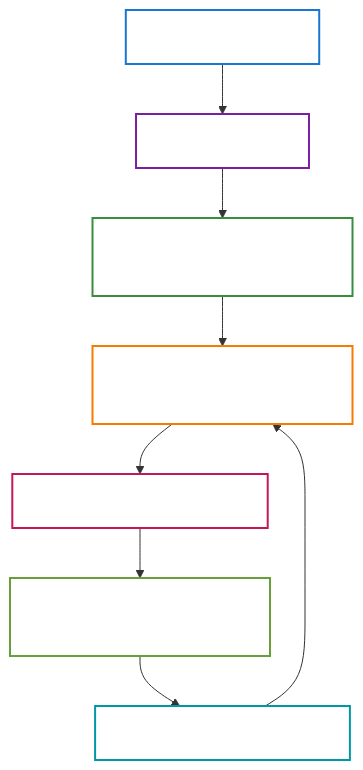
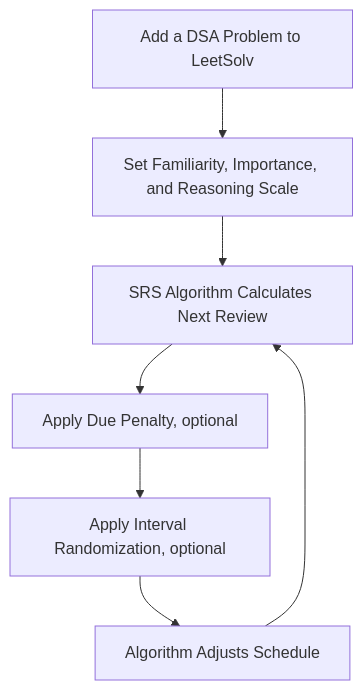
Before and after one commit to eannchen/leetsolv: the first of 8 diagrams in README.md, drawn with Mermaid. The commit also changed other lines of this file, not shown here.

````diff
--- a/README.md
+++ b/README.md
@@ -11,18 +28,10 @@
 ```mermaid
 graph TD
-    A[LeetCode Problem] --> B[Add to LeetSolv]
-    B --> C[Set Familiarity, Importance, and Reasoning Scale]
-    C --> D[SRS Algorithm Calculates Next Review]
-    D --> E[Apply Due Penalty, optional]
-    E --> F[Apply Interval Randomization, optional]
-    F --> G[Algorithm Adjusts Schedule]
-    G --> D
-
-    style A fill:#2196F3,fill-opacity:0,stroke:#1976D2,stroke-width:2px,color:#ffffff
-    style B fill:#9C27B0,fill-opacity:0,stroke:#7B1FA2,stroke-width:2px,color:#ffffff
-    style C fill:#4CAF50,fill-opacity:0,stroke:#388E3C,stroke-width:2px,color:#ffffff
-    style D fill:#FF9800,fill-opacity:0,stroke:#F57C00,stroke-width:2px,color:#ffffff
-    style E fill:#E91E63,fill-opacity:0,stroke:#C2185B,stroke-width:2px,color:#ffffff
-    style F fill:#8BC34A,fill-opacity:0,stroke:#689F38,stroke-width:2px,color:#ffffff
-    style G fill:#00BCD4,fill-opacity:0,stroke:#0097A7,stroke-width:2px,color:#ffffff
+    A[Add a DSA Problem to LeetSolv]
+    A --> B[Set Familiarity, Importance, and Reasoning Scale]
+    B --> C[SRS Algorithm Calculates Next Review]
+    C --> D[Apply Due Penalty, optional]
+    D --> E[Apply Interval Randomization, optional]
+    E --> F[Algorithm Adjusts Schedule]
+    F --> C
 ```
````
